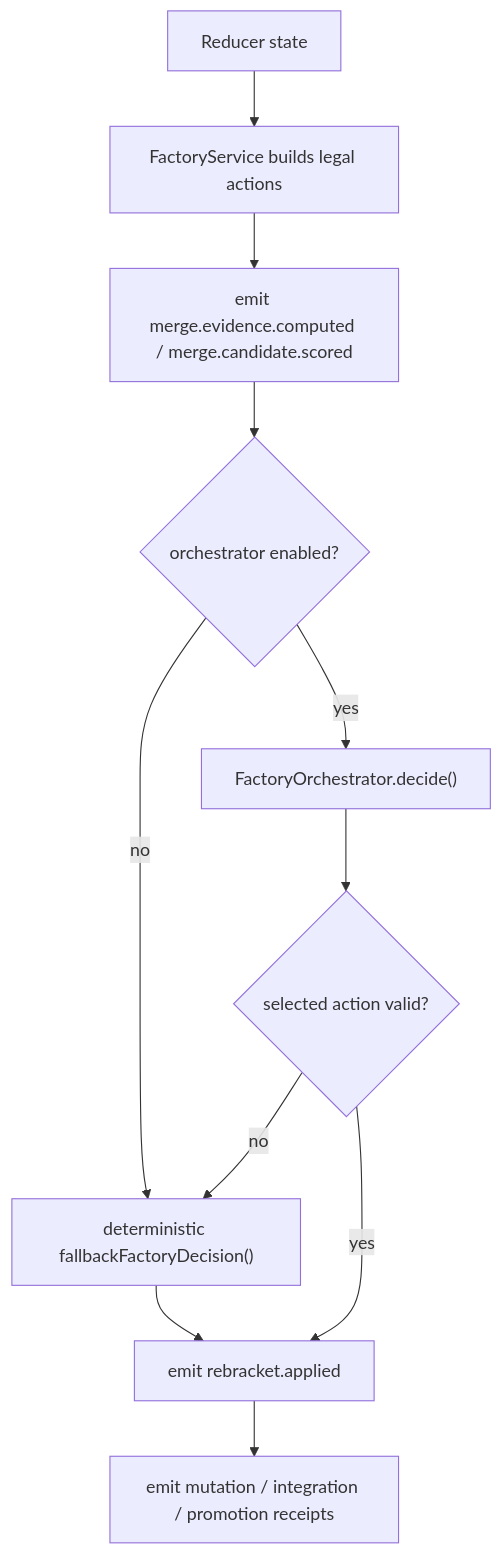
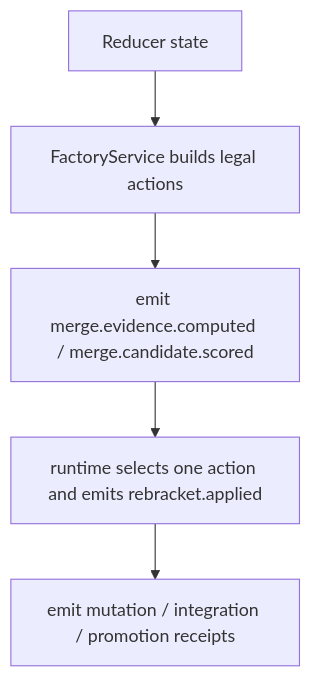
One commit to skishore23/receipt changed the fifth of 6 diagrams in docs/factory-on-receipt.md. Above: the diagram before and after it, drawn with Mermaid. The commit also changed other lines of this file and 91 other files, not shown here.

Commit message:
Refactor factory runtime and Resonate workflow

````diff
--- a/docs/factory-on-receipt.md
+++ b/docs/factory-on-receipt.md
@@ -620,13 +620,7 @@
 ```mermaid
 flowchart TD
   Start["Reducer state"] --> Legal["FactoryService builds legal actions"]
   Legal --> Evidence["emit merge.evidence.computed / merge.candidate.scored"]
-  Evidence --> Enabled{"orchestrator enabled?"}
-  Enabled -- no --> Fallback["deterministic fallbackFactoryDecision()"]
-  Enabled -- yes --> LLM["FactoryOrchestrator.decide()"]
-  LLM --> Valid{"selected action valid?"}
-  Valid -- no --> Fallback
-  Valid -- yes --> Apply["emit rebracket.applied"]
-  Fallback --> Apply
+  Evidence --> Apply["runtime selects one action and emits rebracket.applied"]
   Apply --> Receipts["emit mutation / integration / promotion receipts"]
 ```
````
